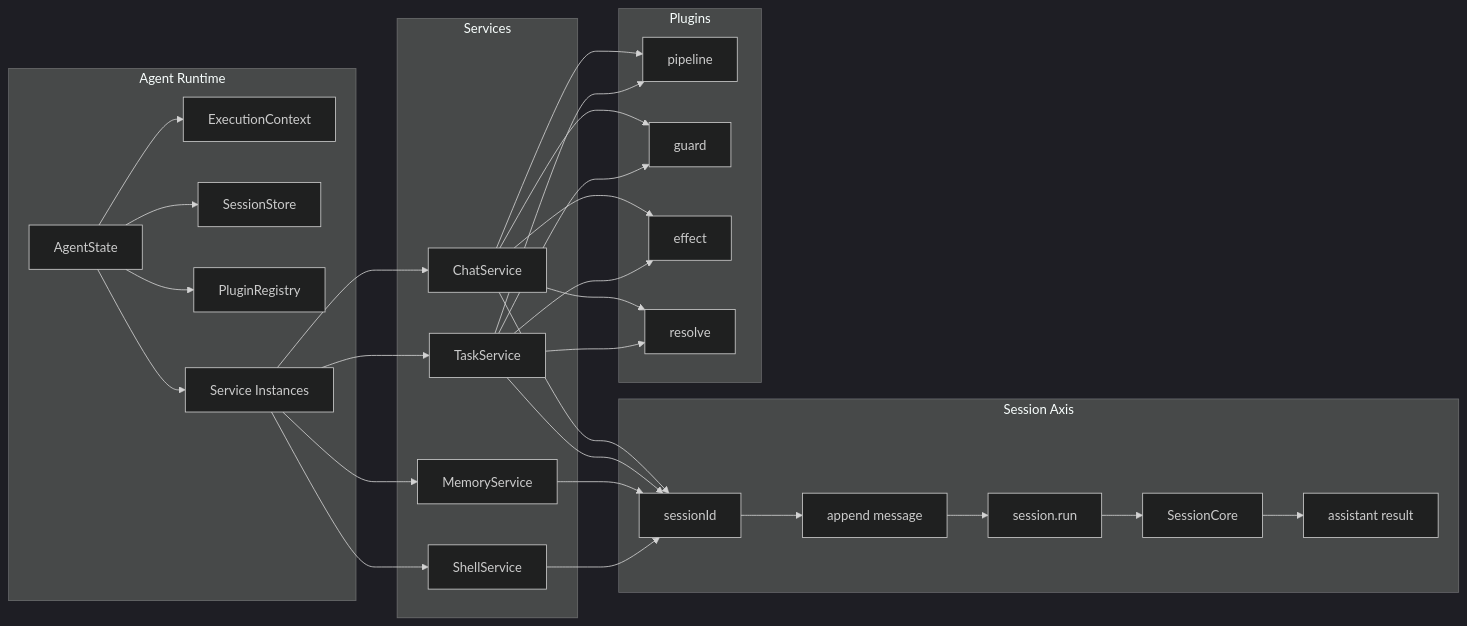
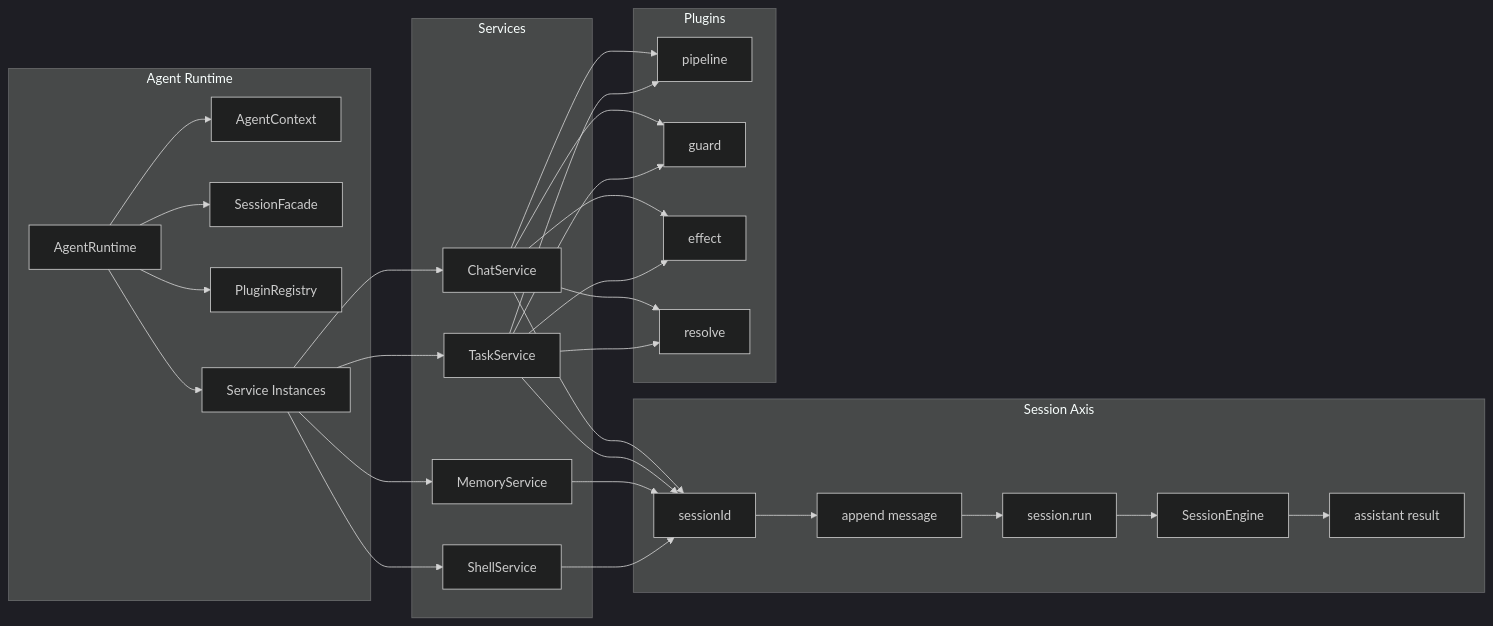
Before and after one commit to wangenius/downcity: the first of 2 diagrams in homepage/content/devdocs/zh/services/system-map.mdx, drawn with Mermaid (dark theme). The commit also changed other lines of this file and 419 other files, not shown here.

````diff
--- a/homepage/content/devdocs/zh/services/system-map.mdx
+++ b/homepage/content/devdocs/zh/services/system-map.mdx
@@ -28,61 +28,61 @@
 ```mermaid
 flowchart LR
   subgraph AGENT["Agent Runtime"]
-    A1["AgentState"]
-    A2["ExecutionContext"]
-    A3["SessionStore"]
+    A1["AgentRuntime"]
+    A2["AgentContext"]
+    A3["SessionFacade"]
     A4["PluginRegistry"]
     A5["Service Instances"]
   end
 
   subgraph SESSION["Session Axis"]
     S1["sessionId"]
     S2["append message"]
     S3["session.run"]
-    S4["SessionCore"]
+    S4["SessionEngine"]
     S5["assistant result"]
   end
 
   subgraph SERVICES["Services"]
     SV1["ChatService"]
     SV2["TaskService"]
     SV3["MemoryService"]
     SV4["ShellService"]
   end
 
   subgraph PLUGINS["Plugins"]
     P1["pipeline"]
     P2["guard"]
     P3["effect"]
     P4["resolve"]
   end
 
   A1 --> A2
   A1 --> A3
   A1 --> A4
   A1 --> A5
 
   A5 --> SV1
   A5 --> SV2
   A5 --> SV3
   A5 --> SV4
 
   SV1 --> S1
   SV2 --> S1
   SV3 --> S1
   SV4 --> S1
 
   S1 --> S2
   S2 --> S3
   S3 --> S4
   S4 --> S5
 
   SV1 --> P1
   SV1 --> P2
   SV1 --> P3
   SV1 --> P4
   SV2 --> P1
   SV2 --> P2
   SV2 --> P3
   SV2 --> P4
 ```
````
